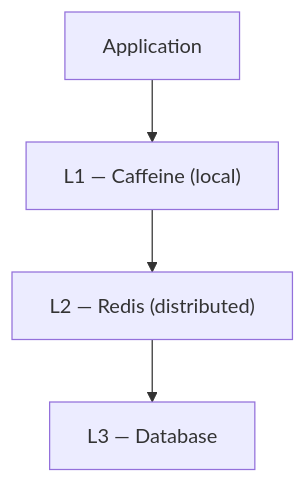
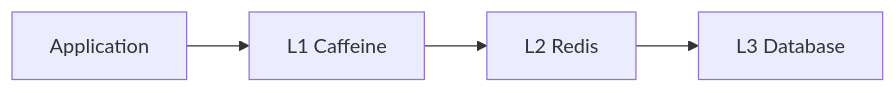
One commit to hareramcse/SystemDesign changed diagram 13 of 21 in 03-caching/README.md. Above: the diagram before and after it, drawn with Mermaid. The commit also changed other lines of this file, not shown here.

````diff
--- a/03-caching/README.md
+++ b/03-caching/README.md
@@ -524,6 +463,4 @@
 ```mermaid
-flowchart TB
-    App[Application] --> L1["L1 — Caffeine (local)"]
-    L1 --> L2["L2 — Redis (distributed)"]
-    L2 --> L3["L3 — Database"]
+flowchart LR
+    App[Application] --> L1["L1 Caffeine"] --> L2["L2 Redis"] --> L3["L3 Database"]
 ```
````
